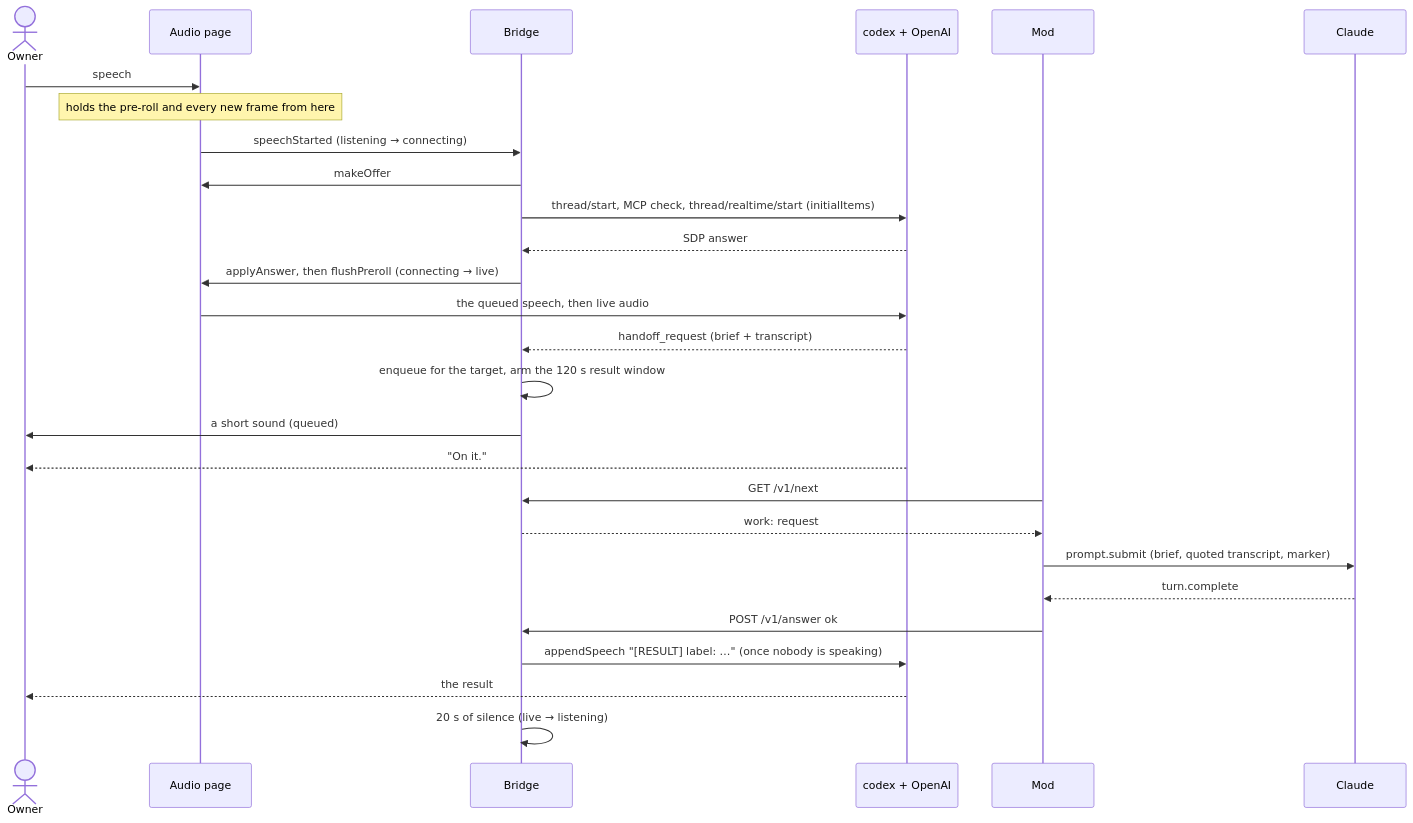
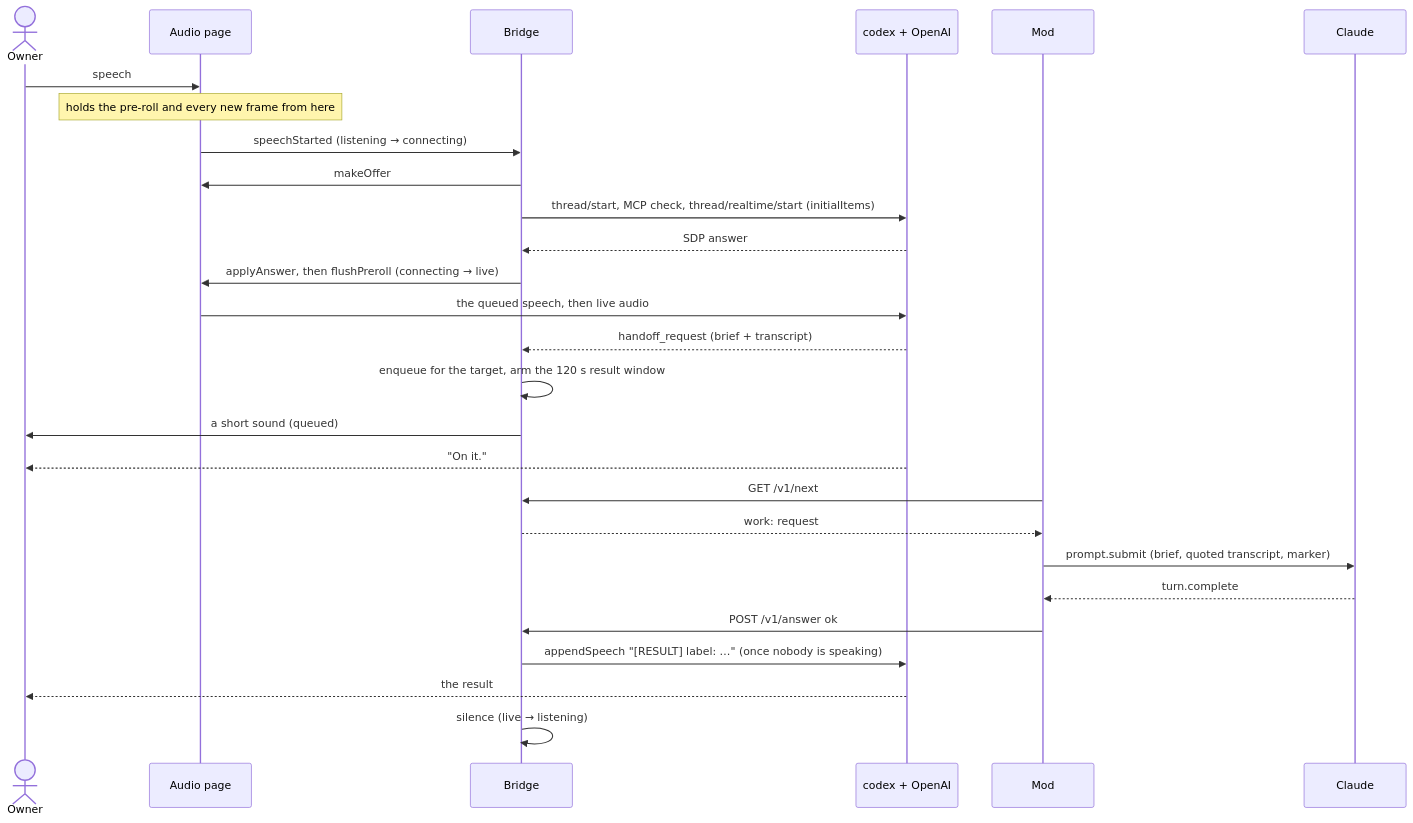
One commit to Nezhinskiy/claude-gpt-live-bridge changed the second of 8 diagrams in docs/architecture/overview.md. Above: the diagram before and after it, drawn with Mermaid. The commit also changed other lines of this file and 8 other files, not shown here.

````diff
--- a/docs/architecture/overview.md
+++ b/docs/architecture/overview.md
@@ -231,29 +231,29 @@
 ```mermaid
 sequenceDiagram
   actor Owner
   participant Page as Audio page
   participant Bridge
   participant Codex as codex + OpenAI
   participant Mod
   participant Claude
   Owner->>Page: speech
   Note over Page: holds the pre-roll and every new frame from here
   Page->>Bridge: speechStarted (listening → connecting)
   Bridge->>Page: makeOffer
   Bridge->>Codex: thread/start, MCP check, thread/realtime/start (initialItems)
   Codex-->>Bridge: SDP answer
   Bridge->>Page: applyAnswer, then flushPreroll (connecting → live)
   Page->>Codex: the queued speech, then live audio
   Codex-->>Bridge: handoff_request (brief + transcript)
   Bridge->>Bridge: enqueue for the target, arm the 120 s result window
   Bridge->>Owner: a short sound (queued)
   Codex-->>Owner: "On it."
   Mod->>Bridge: GET /v1/next
   Bridge-->>Mod: work: request
   Mod->>Claude: prompt.submit (brief, quoted transcript, marker)
   Claude-->>Mod: turn.complete
   Mod->>Bridge: POST /v1/answer ok
   Bridge->>Codex: appendSpeech "[RESULT] label: …" (once nobody is speaking)
   Codex-->>Owner: the result
-  Bridge->>Bridge: 20 s of silence (live → listening)
+  Bridge->>Bridge: silence (live → listening)
 ```
````
